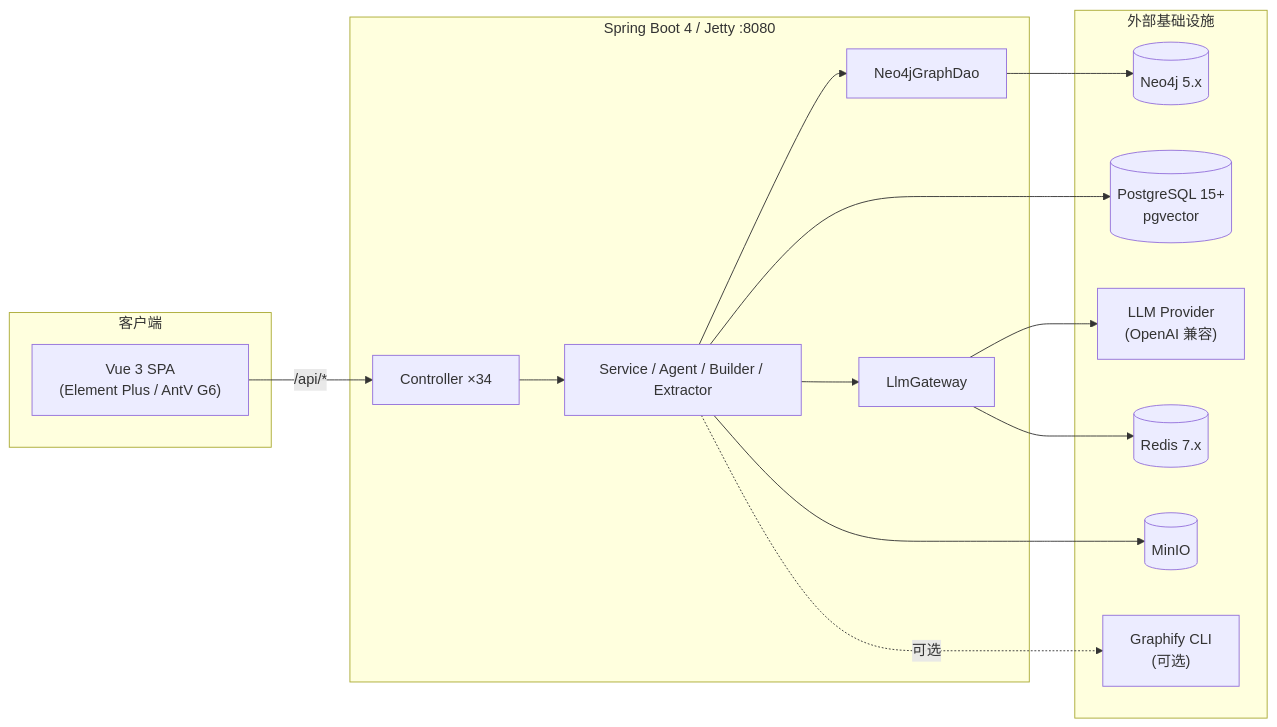
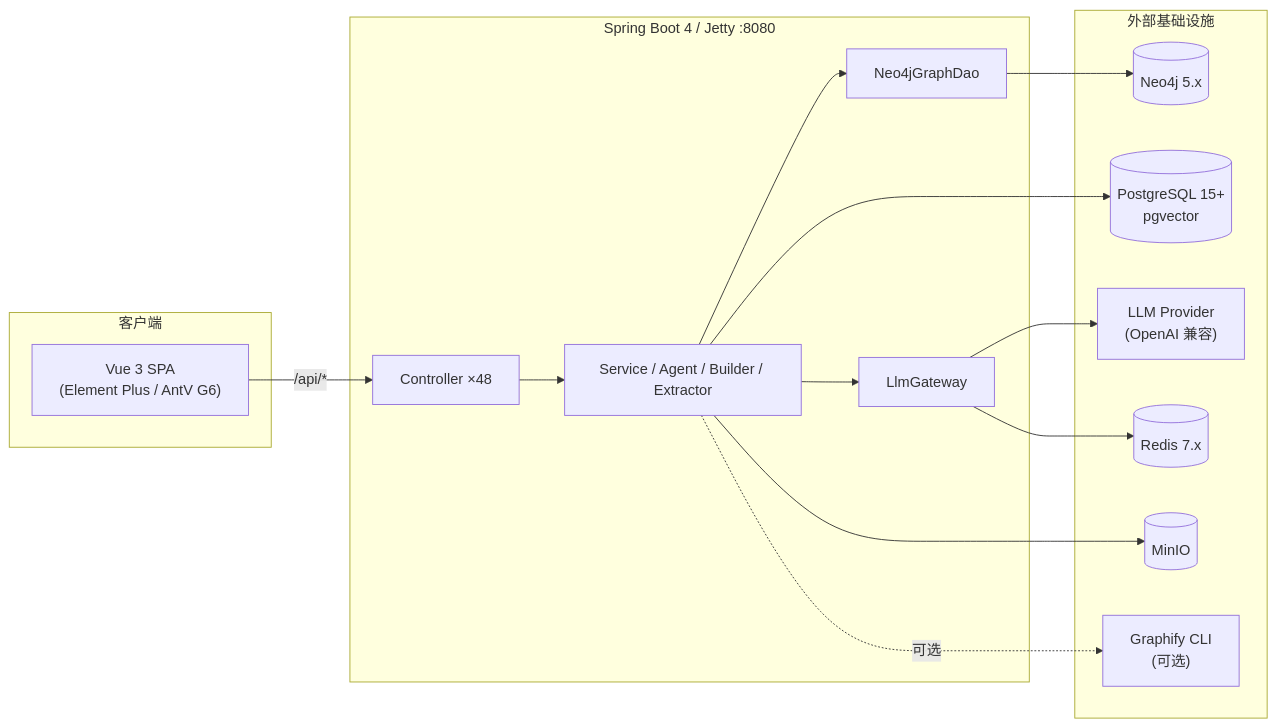
Before and after one commit to loveliunian/LegacyGraph: the diagram in README.md, drawn with Mermaid. The commit also changed other lines of this file and 35 other files, not shown here.

````diff
--- a/README.md
+++ b/README.md
@@ -64,26 +64,26 @@
 ```mermaid
 flowchart LR
     subgraph "客户端"
         UI["Vue 3 SPA<br/>(Element Plus / AntV G6)"]
     end
     subgraph "Spring Boot 4 / Jetty :8080"
-        API["Controller ×34"]
+        API["Controller ×48"]
         SVC["Service / Agent / Builder / Extractor"]
         GW["LlmGateway"]
         DAO["Neo4jGraphDao"]
     end
     subgraph "外部基础设施"
         PG[("PostgreSQL 15+<br/>pgvector")]
         NEO[("Neo4j 5.x")]
         RED[("Redis 7.x")]
         MIN[("MinIO")]
         LLM["LLM Provider<br/>(OpenAI 兼容)"]
         GFY["Graphify CLI<br/>(可选)"]
     end
     UI -->|"/api/*"| API --> SVC --> DAO --> NEO
     SVC --> PG
     SVC --> GW --> LLM
     GW --> RED
     SVC --> MIN
     SVC -.可选.-> GFY
 ```
````
